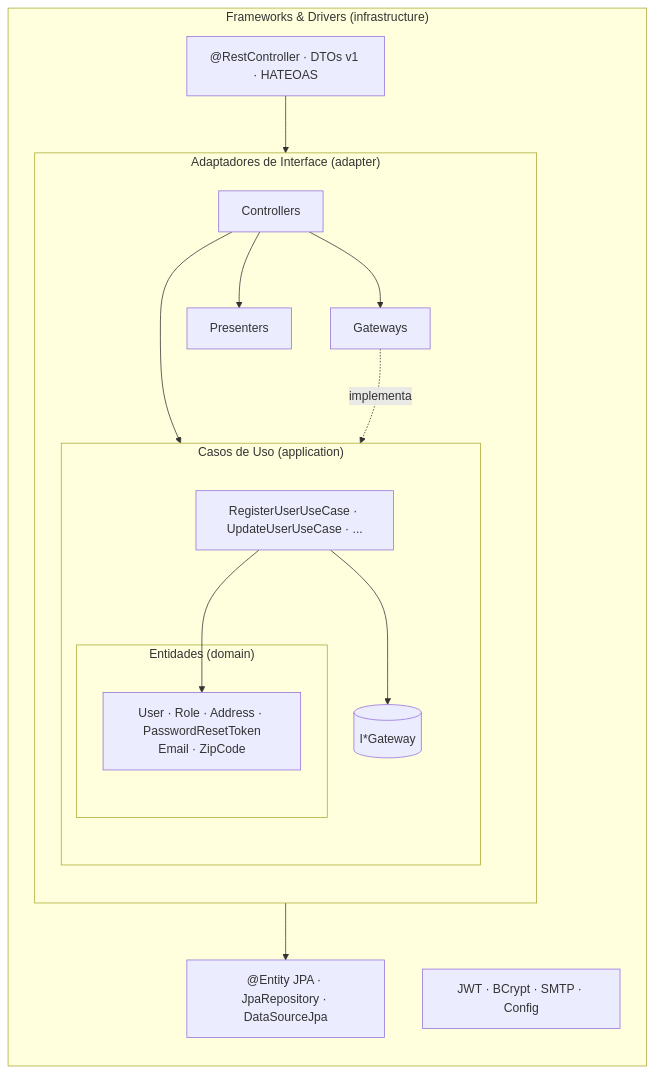
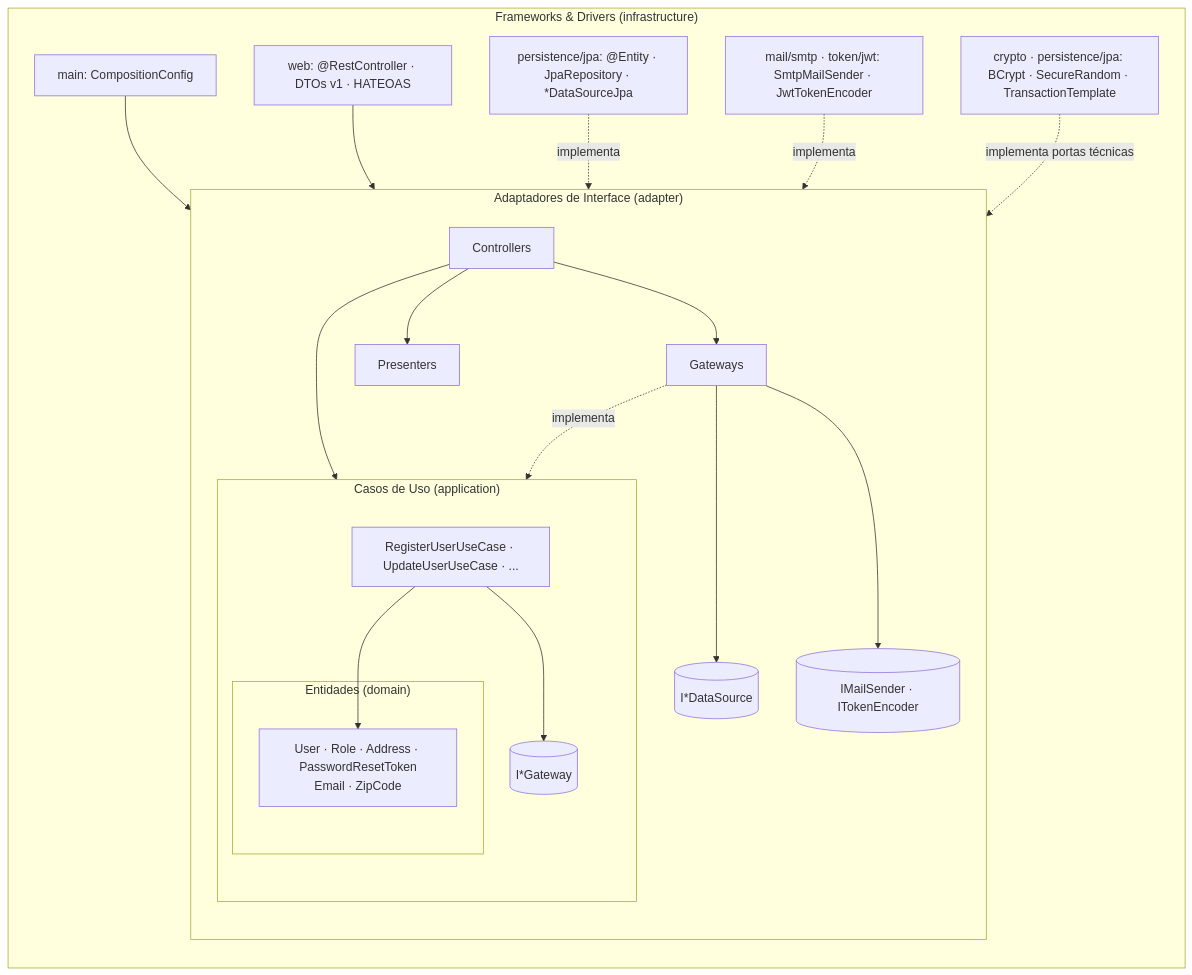
The first of 2 diagrams in relatorios/relatorio-tech-challenge-fase02-v1.0.md (felipe11dias/postech-fase2-restaurantes-app), drawn with Mermaid before and after one commit. The commit also changed other lines of this file and 18 other files, not shown here.

````diff
--- a/relatorios/relatorio-tech-challenge-fase02-v1.0.md
+++ b/relatorios/relatorio-tech-challenge-fase02-v1.0.md
@@ -94,31 +133,40 @@
 ```mermaid
 flowchart TB
     subgraph FD["Frameworks & Drivers  (infrastructure)"]
         direction TB
         subgraph IA["Adaptadores de Interface  (adapter)"]
             direction TB
             subgraph UC["Casos de Uso  (application)"]
                 direction TB
                 subgraph EN["Entidades  (domain)"]
                     E[User · Role · Address · PasswordResetToken<br/>Email · ZipCode]
                 end
                 U[RegisterUserUseCase · UpdateUserUseCase · ...]
                 G[(I*Gateway)]
             end
             C[Controllers]
             GW[Gateways]
+            DS[("I*DataSource")]
+            SV[("IMailSender · ITokenEncoder")]
             P[Presenters]
         end
-        W["@RestController · DTOs v1 · HATEOAS"]
-        J["@Entity JPA · JpaRepository · DataSourceJpa"]
-        S[JWT · BCrypt · SMTP · Config]
+        W["web: @RestController · DTOs v1 · HATEOAS"]
+        J["persistence/jpa: @Entity · JpaRepository · *DataSourceJpa"]
+        S["mail/smtp · token/jwt: SmtpMailSender · JwtTokenEncoder"]
+        T["crypto · persistence/jpa: BCrypt · SecureRandom · TransactionTemplate"]
+        M["main: CompositionConfig"]
     end
+    M --> C
     W --> C
     C --> GW
     C --> U
     C --> P
     GW -.implementa.-> G
+    GW --> DS
+    GW --> SV
     U --> G
     U --> E
-    GW --> J
+    J -.implementa.-> DS
+    S -.implementa.-> SV
+    T -.implementa portas técnicas.-> G
 ```
````
